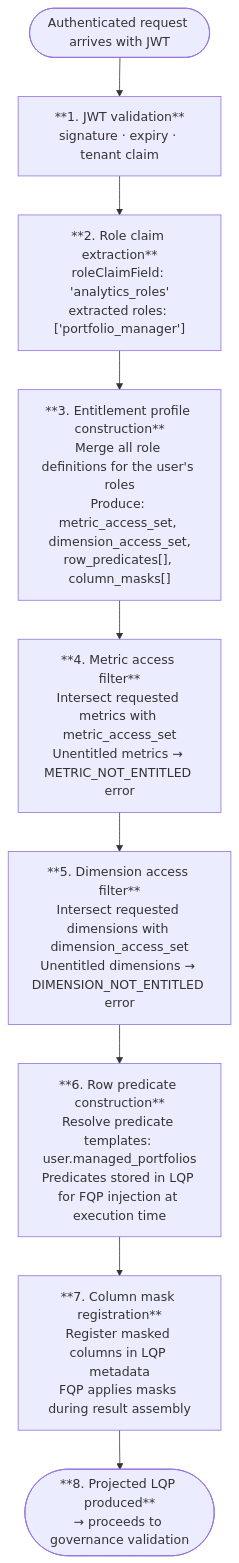
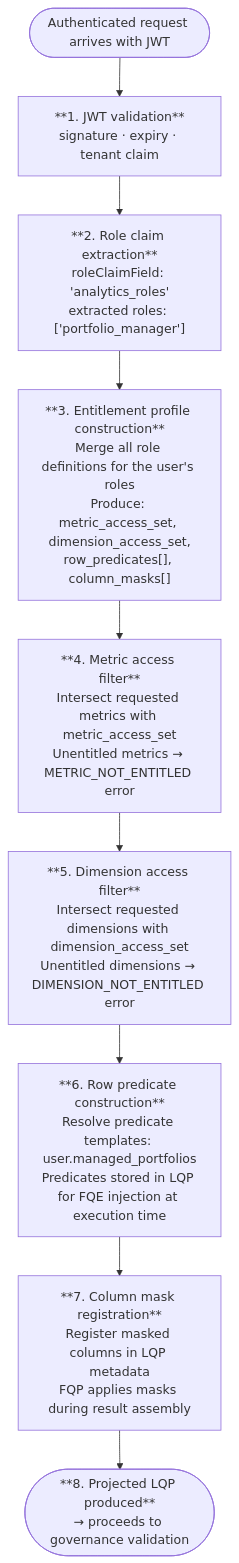
The fourth of 6 diagrams in docs/product/analytics/02-core-capabilities.md (M-A-Operating-System/shared-work), drawn with Mermaid before and after one commit. The commit also changed other lines of this file and 8 other files, not shown here.

````diff
--- a/docs/product/analytics/02-core-capabilities.md
+++ b/docs/product/analytics/02-core-capabilities.md
@@ -548,14 +548,14 @@
 ```mermaid
 flowchart TD
     START(["Authenticated request arrives with JWT"])
     S1["**1. JWT validation**\nsignature · expiry · tenant claim"]
     S2["**2. Role claim extraction**\nroleClaimField: 'analytics_roles'\nextracted roles: ['portfolio_manager']"]
     S3["**3. Entitlement profile construction**\nMerge all role definitions for the user's roles\nProduce: metric_access_set, dimension_access_set,\nrow_predicates[], column_masks[]"]
     S4["**4. Metric access filter**\nIntersect requested metrics with metric_access_set\nUnentitled metrics → METRIC_NOT_ENTITLED error"]
     S5["**5. Dimension access filter**\nIntersect requested dimensions with dimension_access_set\nUnentitled dimensions → DIMENSION_NOT_ENTITLED error"]
-    S6["**6. Row predicate construction**\nResolve predicate templates: user.managed_portfolios\nPredicates stored in LQP for FQP injection at execution time"]
+    S6["**6. Row predicate construction**\nResolve predicate templates: user.managed_portfolios\nPredicates stored in LQP for FQE injection at execution time"]
     S7["**7. Column mask registration**\nRegister masked columns in LQP metadata\nFQP applies masks during result assembly"]
     S8(["**8. Projected LQP produced**\n→ proceeds to governance validation"])
 
     START --> S1 --> S2 --> S3 --> S4 --> S5 --> S6 --> S7 --> S8
 ```
````
